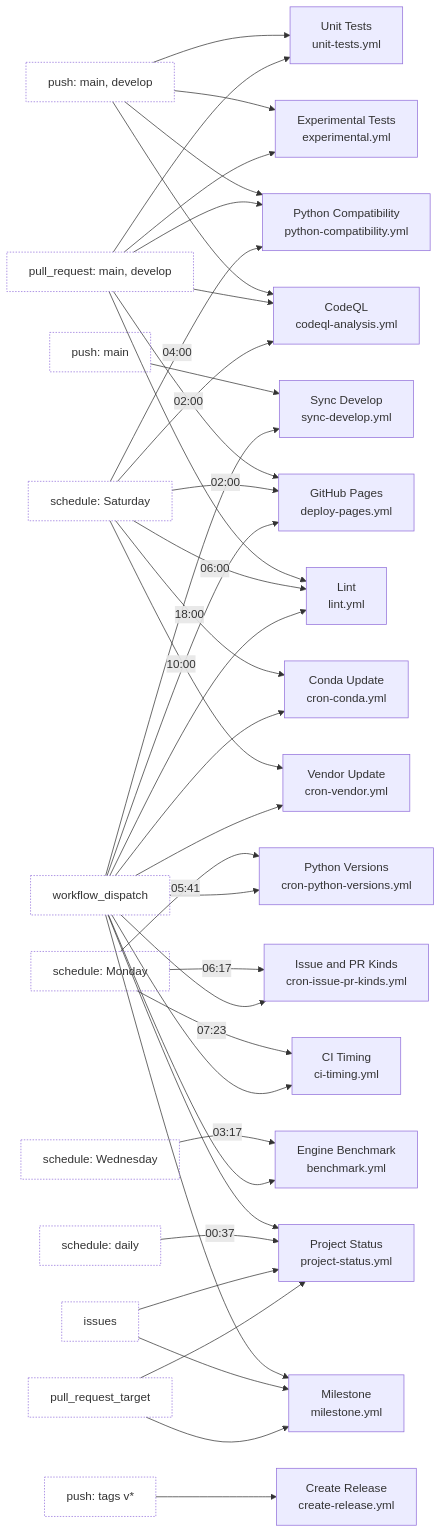
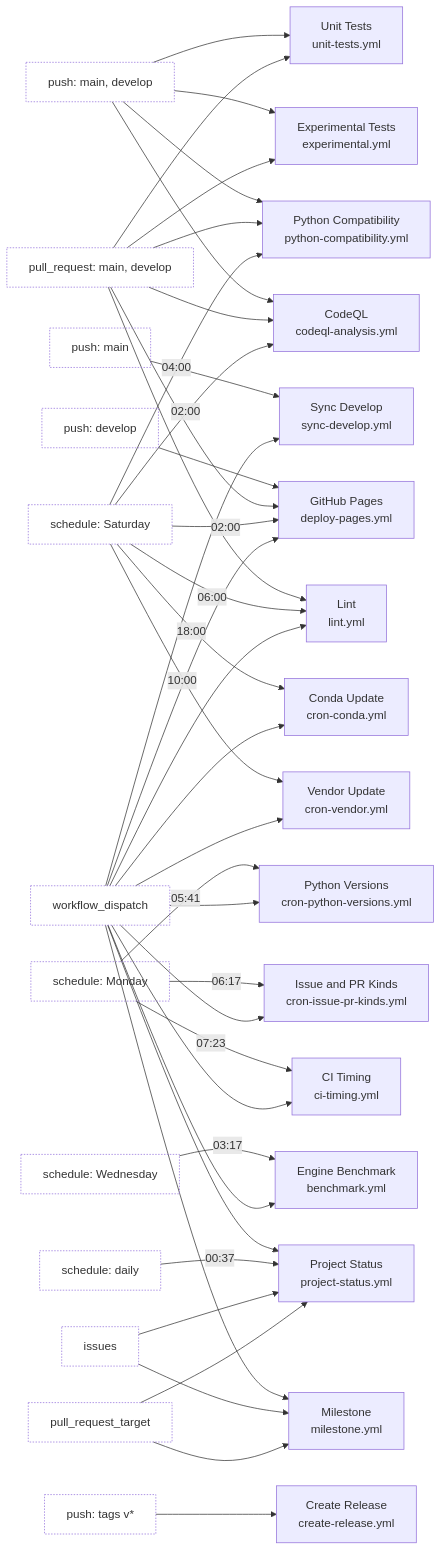
One commit to JarryShaw/PyPCAPKit changed the first of 6 diagrams in docs/source/contributing/workflows.rst. Above: the diagram before and after it, drawn with Mermaid. The commit also changed other lines of this file and 13 other files, not shown here.

```diff
--- a/docs/source/contributing/workflows.rst
+++ b/docs/source/contributing/workflows.rst
@@ -188,6 +189,7 @@
    flowchart LR
        PUSH["push: main, develop"]
        PUSHMAIN["push: main"]
+       PUSHDEV["push: develop"]
        PR["pull_request: main, develop"]
        SAT["schedule: Saturday"]
        MON["schedule: Monday"]
@@ -229,6 +231,7 @@
        PR --> CQ
        SAT -->|02:00| CQ
 
+       PUSHDEV --> GP
        PR --> GP
        SAT -->|02:00| GP
        DISPATCH --> GP
@@ -270,4 +273,4 @@
        TAG --> CR
 
        classDef trig fill:none,stroke-dasharray:2 2
-       class PUSH,PUSHMAIN,PR,SAT,MON,WED,DISPATCH,DAILY,ISSUES,PRT,TAG trig
+       class PUSH,PUSHMAIN,PUSHDEV,PR,SAT,MON,WED,DISPATCH,DAILY,ISSUES,PRT,TAG trig
```
